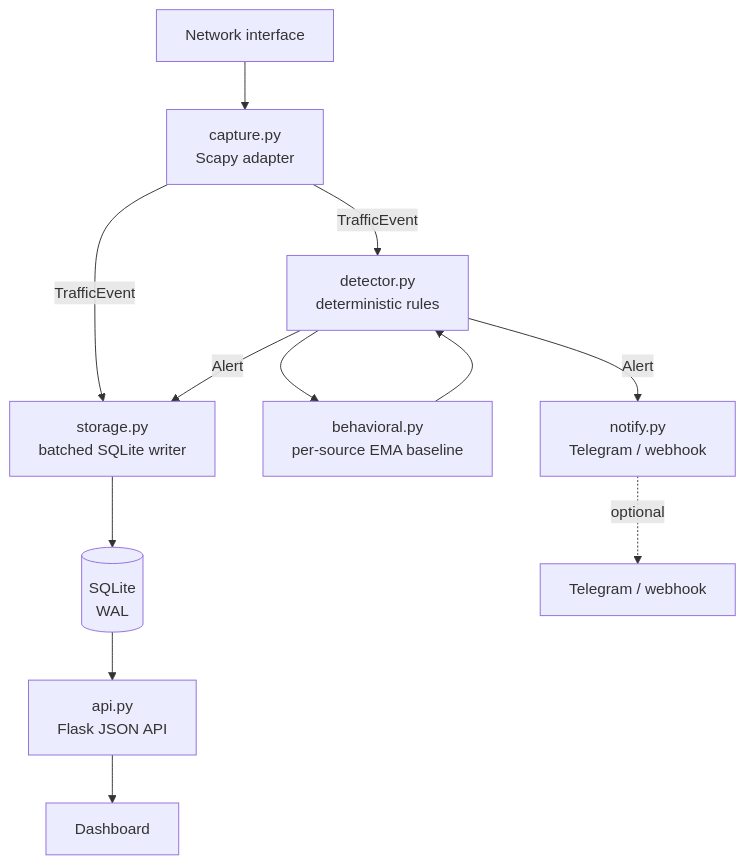
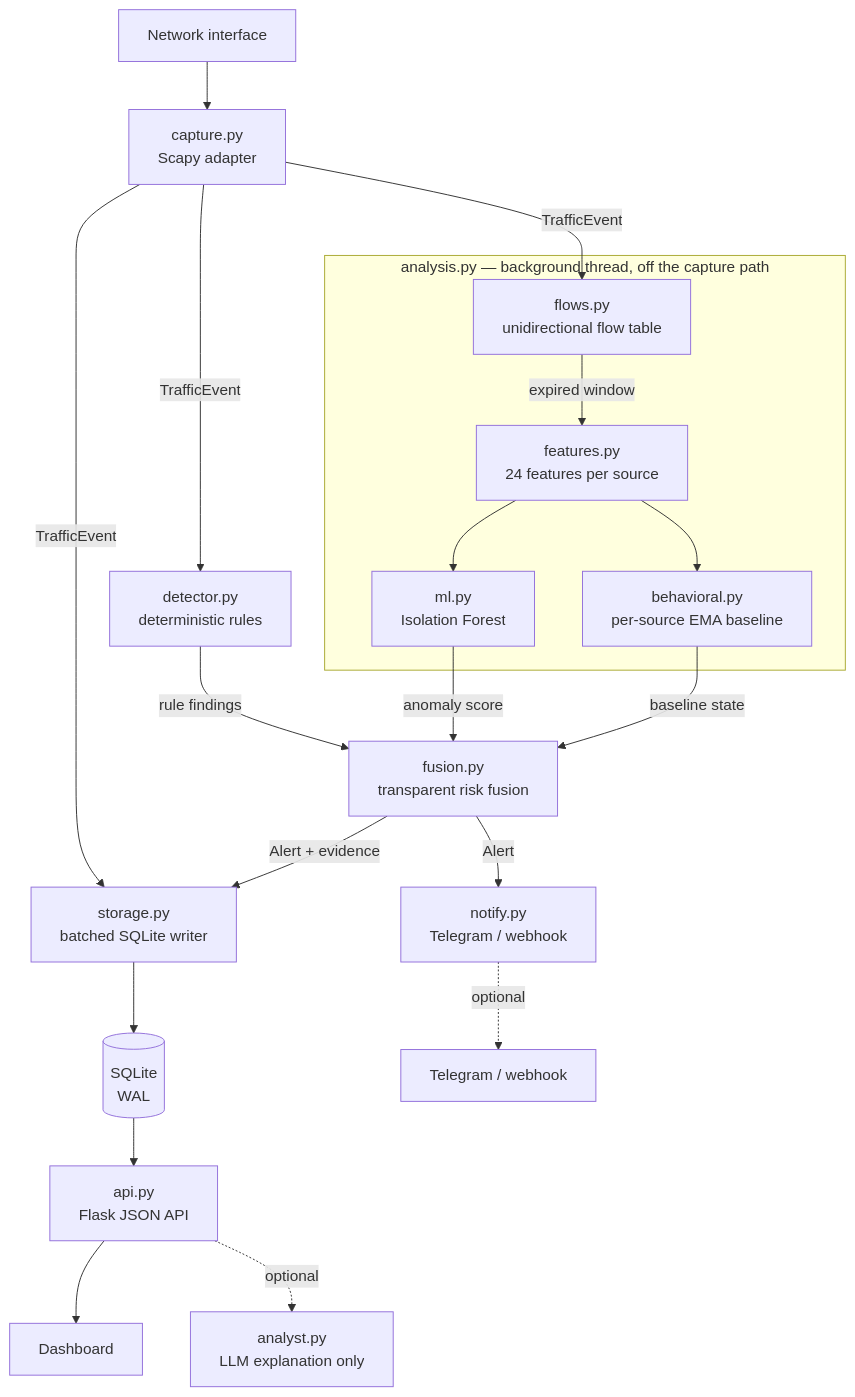
One commit to gautam11652-eng/NEMOS changed the diagram in README.md. Above: the diagram before and after it, drawn with Mermaid. The commit also changed other lines of this file and 5 other files, not shown here.

````diff
--- a/README.md
+++ b/README.md
@@ -63,14 +86,25 @@
 ```mermaid
 flowchart TD
     NET[Network interface] --> CAP[capture.py<br/>Scapy adapter]
     CAP -->|TrafficEvent| DET[detector.py<br/>deterministic rules]
+    CAP -->|TrafficEvent| FLW[flows.py<br/>unidirectional flow table]
     CAP -->|TrafficEvent| WRT[storage.py<br/>batched SQLite writer]
-    DET --> BEH[behavioral.py<br/>per-source EMA baseline]
-    BEH --> DET
-    DET -->|Alert| WRT
-    DET -->|Alert| NOT[notify.py<br/>Telegram / webhook]
+
+    subgraph AT [analysis.py — background thread, off the capture path]
+      FLW -->|expired window| FEA[features.py<br/>24 features per source]
+      FEA --> ML[ml.py<br/>Isolation Forest]
+      FEA --> BEH[behavioral.py<br/>per-source EMA baseline]
+    end
+
+    DET -->|rule findings| FUS[fusion.py<br/>transparent risk fusion]
+    ML -->|anomaly score| FUS
+    BEH -->|baseline state| FUS
+    FUS -->|Alert + evidence| WRT
+    FUS -->|Alert| NOT[notify.py<br/>Telegram / webhook]
+
     WRT --> DB[(SQLite<br/>WAL)]
     DB --> API[api.py<br/>Flask JSON API]
     API --> UI[Dashboard]
+    API -.optional.-> AN[analyst.py<br/>LLM explanation only]
     NOT -.optional.-> TG[Telegram / webhook]
 ```
````
